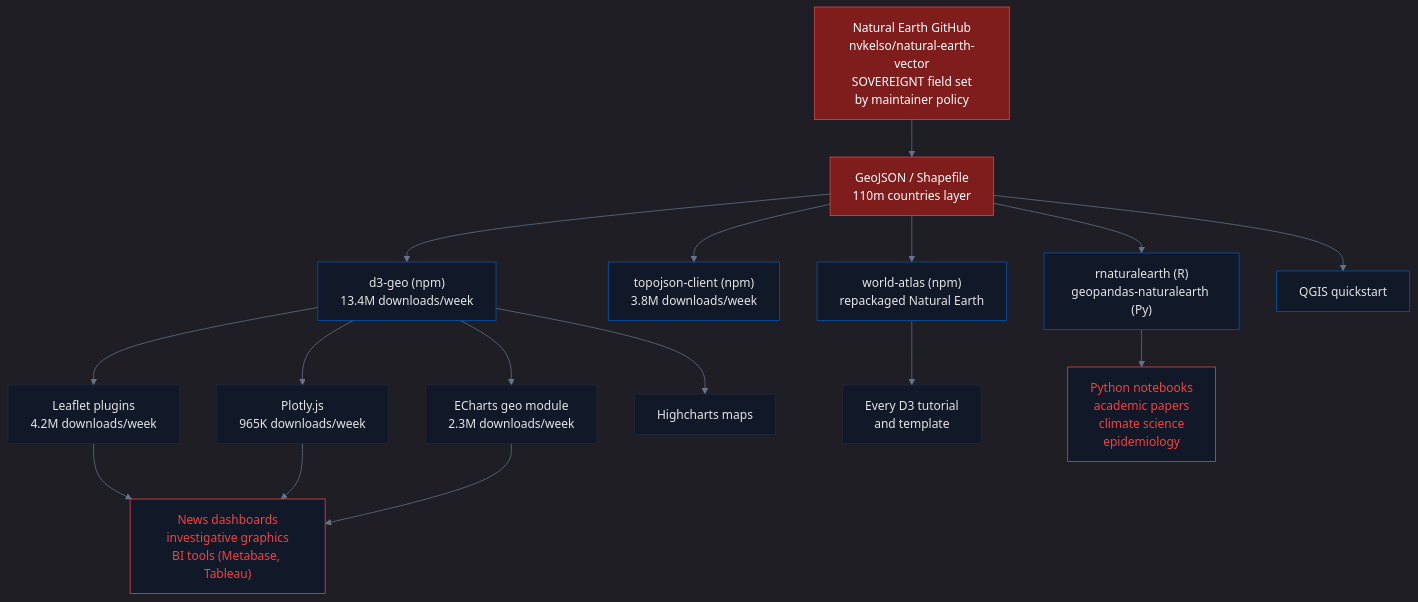
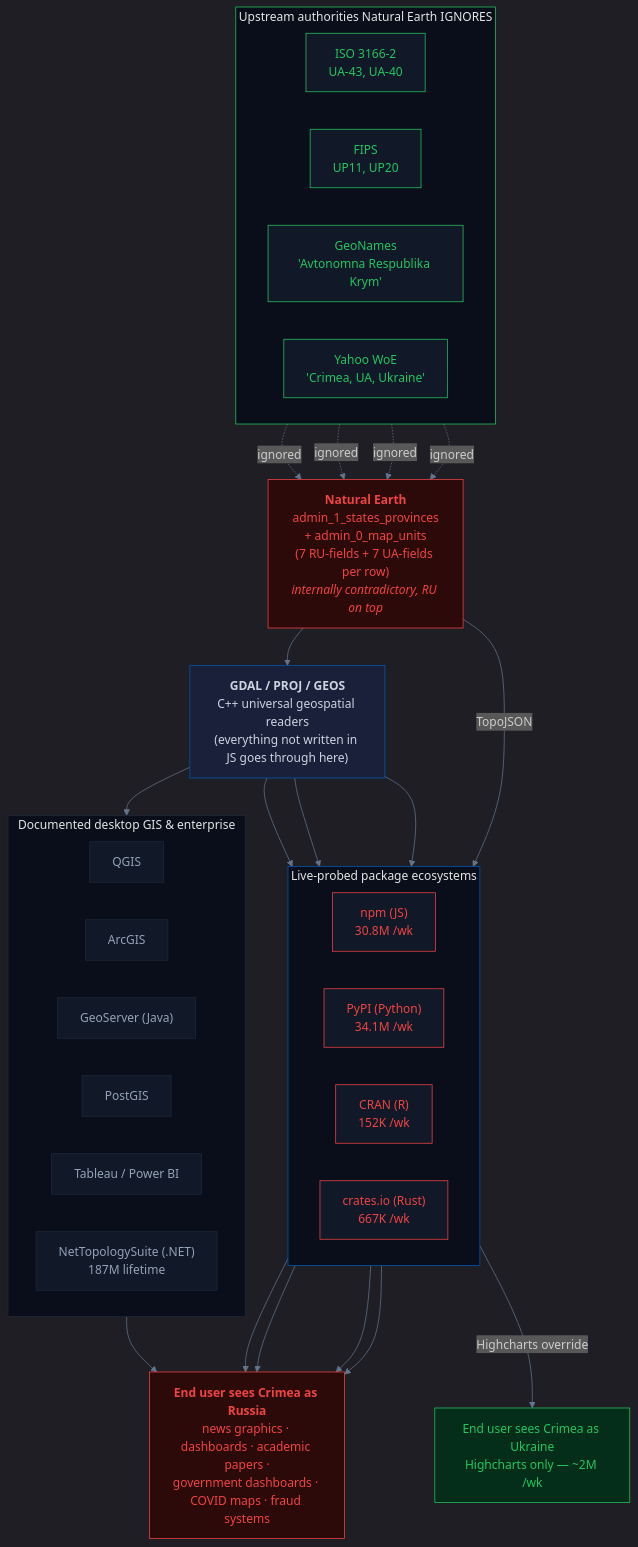
One commit to IvanDobrovolsky/crimeaisukraine changed the first of 2 diagrams in pipelines/geodata/README.md. Above: the diagram before and after it, drawn with Mermaid. The commit also changed other lines of this file and 10 other files, not shown here.

First line of the commit message:
Geodata pipeline: full rewrite — 5-ecosystem propagation chain rooted in GDAL, Natural Earth internal contradictions, ~65.7M weekly downloads measured live

````diff
--- a/pipelines/geodata/README.md
+++ b/pipelines/geodata/README.md
@@ -65,35 +17,77 @@
 ```mermaid
-%%{init: {'theme': 'dark', 'themeVariables': {'primaryColor': '#0057b7', 'primaryTextColor': '#e5e5e5', 'lineColor': '#64748b', 'primaryBorderColor': '#1e293b', 'secondaryColor': '#111827', 'tertiaryColor': '#0a0e1a'}}}%%
-graph TB
-    A["Natural Earth GitHub<br/>nvkelso/natural-earth-vector<br/>SOVEREIGNT field set<br/>by maintainer policy"]
-    A --> B["GeoJSON / Shapefile<br/>110m countries layer"]
-    B --> C["d3-geo (npm)<br/>13.4M downloads/week"]
-    B --> D["topojson-client (npm)<br/>3.8M downloads/week"]
-    B --> E["world-atlas (npm)<br/>repackaged Natural Earth"]
-    B --> F["rnaturalearth (R)<br/>geopandas-naturalearth (Py)"]
-    B --> G["QGIS quickstart"]
-    C --> H["Leaflet plugins<br/>4.2M downloads/week"]
-    C --> I["Plotly.js<br/>965K downloads/week"]
-    C --> J["ECharts geo module<br/>2.3M downloads/week"]
-    C --> K["Highcharts maps"]
-    E --> L["Every D3 tutorial<br/>and template"]
-    H --> M["News dashboards<br/>investigative graphics<br/>BI tools (Metabase, Tableau)"]
-    I --> M
-    J --> M
-    F --> N["Python notebooks<br/>academic papers<br/>climate science<br/>epidemiology"]
+%%{init: {'theme': 'dark', 'themeVariables': {'primaryColor': '#0057b7', 'primaryTextColor': '#e5e5e5', 'lineColor': '#64748b', 'primaryBorderColor': '#1e293b'}}}%%
+flowchart TB
+    subgraph IGNORED["Upstream authorities Natural Earth IGNORES"]
+        direction LR
+        ISO["ISO 3166-2<br/>UA-43, UA-40"]
+        FIPS["FIPS<br/>UP11, UP20"]
+        GN["GeoNames<br/>'Avtonomna Respublika Krym'"]
+        WOE["Yahoo WoE<br/>'Crimea, UA, Ukraine'"]
+    end
 
-    style A fill:#7f1d1d,stroke:#ef4444,color:#ffffff
-    style B fill:#7f1d1d,stroke:#ef4444,color:#ffffff
-    style C fill:#111827,stroke:#0057b7,color:#e5e5e5
-    style D fill:#111827,stroke:#0057b7,color:#e5e5e5
-    style E fill:#111827,stroke:#0057b7,color:#e5e5e5
-    style F fill:#111827,stroke:#0057b7,color:#e5e5e5
-    style G fill:#111827,stroke:#0057b7,color:#e5e5e5
-    style H fill:#111827,stroke:#1e293b,color:#e5e5e5
-    style I fill:#111827,stroke:#1e293b,color:#e5e5e5
-    style J fill:#111827,stroke:#1e293b,color:#e5e5e5
-    style K fill:#111827,stroke:#1e293b,color:#e5e5e5
-    style L fill:#111827,stroke:#1e293b,color:#e5e5e5
-    style M fill:#111827,stroke:#ef4444,color:#ef4444
-    style N fill:#111827,stroke:#ef4444,color:#ef4444
+    NE["<b>Natural Earth</b><br/>admin_1_states_provinces<br/>+ admin_0_map_units<br/>(7 RU-fields + 7 UA-fields per row)<br/><i>internally contradictory, RU on top</i>"]
+
+    GDAL["<b>GDAL / PROJ / GEOS</b><br/>C++ universal geospatial readers<br/>(everything not written in JS goes through here)"]
+
+    subgraph ECOSYSTEMS["Live-probed package ecosystems"]
+        direction LR
+        NPM["npm (JS)<br/>30.8M /wk"]
+        PYPI["PyPI (Python)<br/>34.1M /wk"]
+        CRAN["CRAN (R)<br/>152K /wk"]
+        CRATES["crates.io (Rust)<br/>667K /wk"]
+    end
+
+    subgraph DESKTOP["Documented desktop GIS &amp; enterprise"]
+        direction LR
+        QGIS["QGIS"]
+        ARCGIS["ArcGIS"]
+        GEOSRV["GeoServer (Java)"]
+        POSTGIS["PostGIS"]
+        TABLEAU["Tableau / Power BI"]
+        NTS["NetTopologySuite (.NET)<br/>187M lifetime"]
+    end
+
+    OUT_BAD["<b>End user sees Crimea as Russia</b><br/>news graphics · dashboards · academic papers ·<br/>government dashboards · COVID maps · fraud systems"]
+    OUT_OK["End user sees Crimea as Ukraine<br/>Highcharts only — ~2M /wk"]
+
+    ISO -.->|ignored| NE
+    FIPS -.->|ignored| NE
+    GN -.->|ignored| NE
+    WOE -.->|ignored| NE
+
+    NE --> GDAL
+    NE -->|TopoJSON| NPM
+    GDAL --> PYPI
+    GDAL --> CRAN
+    GDAL --> CRATES
+    GDAL --> DESKTOP
+
+    NPM --> OUT_BAD
+    PYPI --> OUT_BAD
+    CRAN --> OUT_BAD
+    CRATES --> OUT_BAD
+    DESKTOP --> OUT_BAD
+    NPM -->|"Highcharts override"| OUT_OK
+
+    style IGNORED fill:#0a0e1a,stroke:#22c55e,color:#e5e5e5
+    style ECOSYSTEMS fill:#0a0e1a,stroke:#0057b7,color:#e5e5e5
+    style DESKTOP fill:#0a0e1a,stroke:#1e293b,color:#e5e5e5
+    style ISO fill:#111827,stroke:#22c55e,color:#22c55e
+    style FIPS fill:#111827,stroke:#22c55e,color:#22c55e
+    style GN fill:#111827,stroke:#22c55e,color:#22c55e
+    style WOE fill:#111827,stroke:#22c55e,color:#22c55e
+    style NE fill:#2d0a0a,stroke:#ef4444,color:#ef4444
+    style GDAL fill:#1a1f3a,stroke:#0057b7,color:#cbd5e1
+    style NPM fill:#111827,stroke:#ef4444,color:#ef4444
+    style PYPI fill:#111827,stroke:#ef4444,color:#ef4444
+    style CRAN fill:#111827,stroke:#ef4444,color:#ef4444
+    style CRATES fill:#111827,stroke:#ef4444,color:#ef4444
+    style QGIS fill:#111827,stroke:#1e293b,color:#94a3b8
+    style ARCGIS fill:#111827,stroke:#1e293b,color:#94a3b8
+    style GEOSRV fill:#111827,stroke:#1e293b,color:#94a3b8
+    style POSTGIS fill:#111827,stroke:#1e293b,color:#94a3b8
+    style TABLEAU fill:#111827,stroke:#1e293b,color:#94a3b8
+    style NTS fill:#111827,stroke:#1e293b,color:#94a3b8
+    style OUT_BAD fill:#2d0a0a,stroke:#ef4444,color:#ef4444
+    style OUT_OK fill:#052e1a,stroke:#22c55e,color:#22c55e
 ```
````
